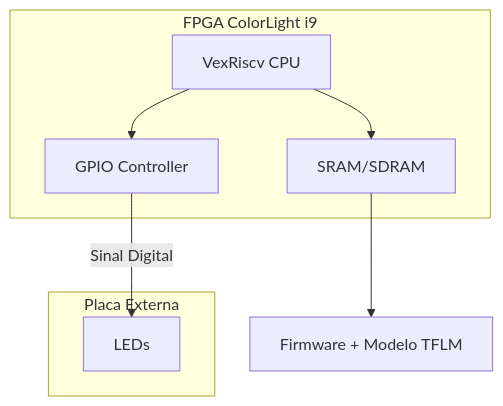
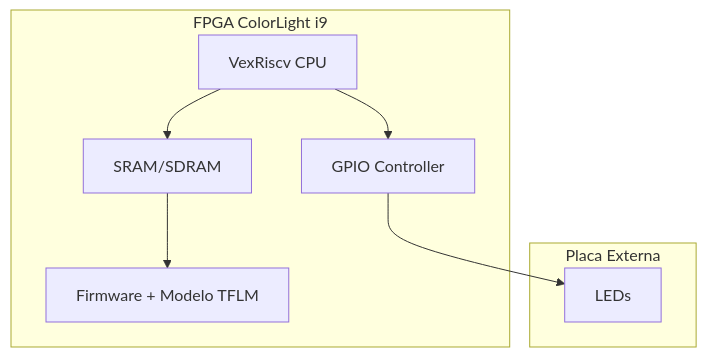
Before and after one commit to Igor-Gabriel-D/Tarefa-06-Modelo-TensorFlow-Lite-Micro-em-SoC-LiteX: the diagram in README.md, drawn with Mermaid. The commit also changed other lines of this file, not shown here.

````diff
--- a/README.md
+++ b/README.md
@@ -10,18 +10,19 @@
 ```mermaid
 graph TD
     A[VexRiscv CPU] --> B[SRAM/SDRAM]
     B --> C[Firmware + Modelo TFLM]
     A -->D[GPIO Controller]
-    D -->|Sinal Digital| E[LEDs]
+    D --> E[LEDs]
     
     subgraph "FPGA ColorLight i9"
     A
     B
+    C
     D
     end
     
     subgraph "Placa Externa"
     E
     end
 
 ```
````
